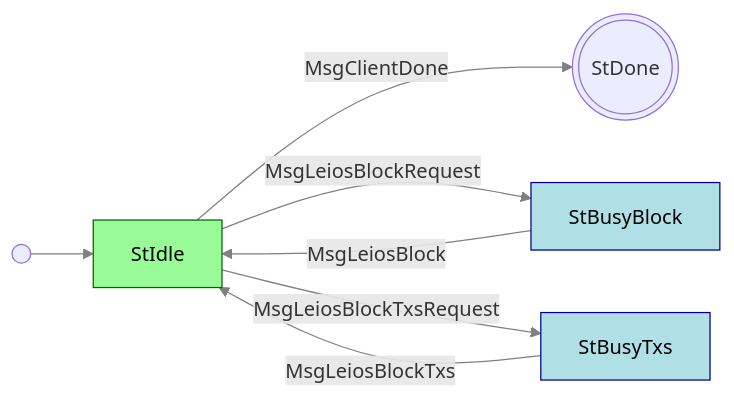
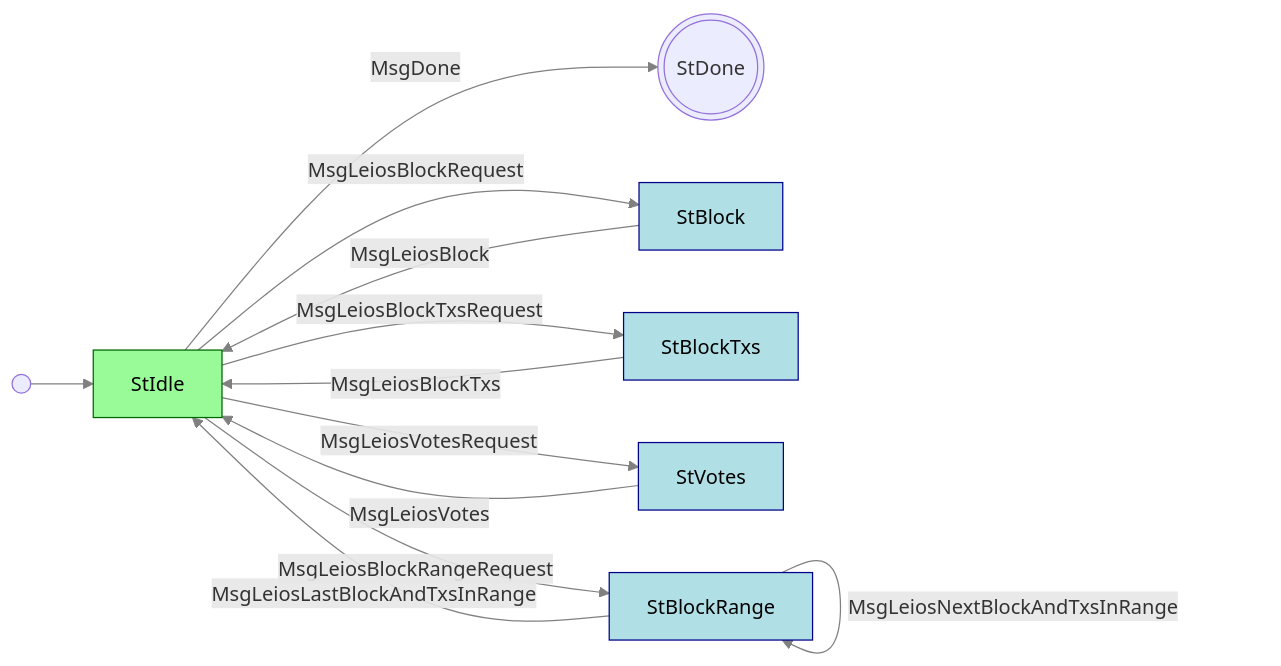
One commit to rkuhn/cardano-blueprint changed the diagram in src/network/node-to-node/leios-fetch/README.md. Above: the diagram before and after it, drawn with Mermaid. The commit also changed other lines of this file and 5 other files, not shown here.

````diff
--- a/src/network/node-to-node/leios-fetch/README.md
+++ b/src/network/node-to-node/leios-fetch/README.md
@@ -23,18 +23,26 @@
 ```mermaid
 graph LR
    classDef client color:black,fill:PaleGreen,stroke:DarkGreen;
    classDef server color:black,fill:PowderBlue,stroke:DarkBlue;
    linkStyle default stroke:gray
 
    StDone(((StDone)))
 
    i(( )) --> StIdle
-   StIdle --MsgClientDone--> StDone
-   StIdle --MsgLeiosBlockRequest--> StBusyBlock
-   StIdle --MsgLeiosBlockTxsRequest--> StBusyTxs
-   StBusyBlock --MsgLeiosBlock--> StIdle
-   StBusyTxs --MsgLeiosBlockTxs--> StIdle
+   StIdle --MsgDone--> StDone
+   StIdle --MsgLeiosBlockRequest--> StBlock
+   StBlock --MsgLeiosBlock--> StIdle
+
+   StIdle --MsgLeiosBlockTxsRequest--> StBlockTxs
+   StBlockTxs --MsgLeiosBlockTxs--> StIdle
+
+   StIdle --MsgLeiosVotesRequest--> StVotes
+   StVotes --MsgLeiosVotes-->StIdle
+
+   StIdle --MsgLeiosBlockRangeRequest--> StBlockRange
+   StBlockRange --MsgLeiosNextBlockAndTxsInRange--> StBlockRange
+   StBlockRange --MsgLeiosLastBlockAndTxsInRange--> StIdle
 
    class StIdle client
-   class StBusyBlock,StBusyTxs server
+   class StBlock,StBlockTxs,StVotes,StBlockRange server
 ```
````
